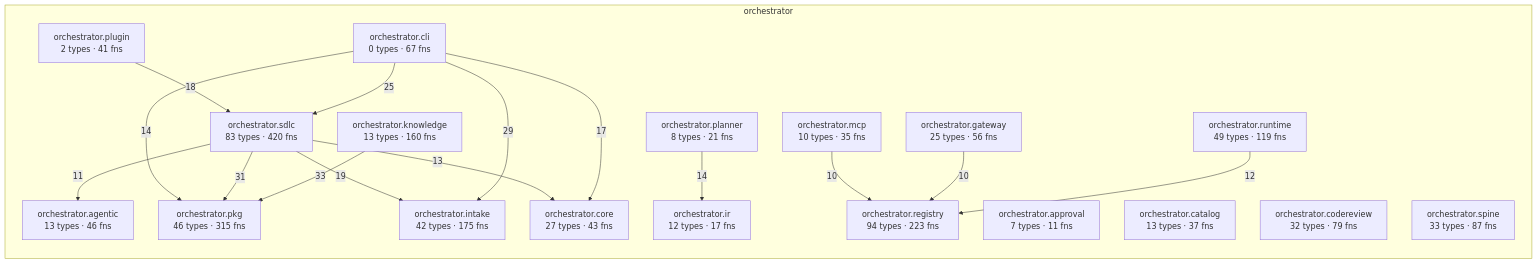
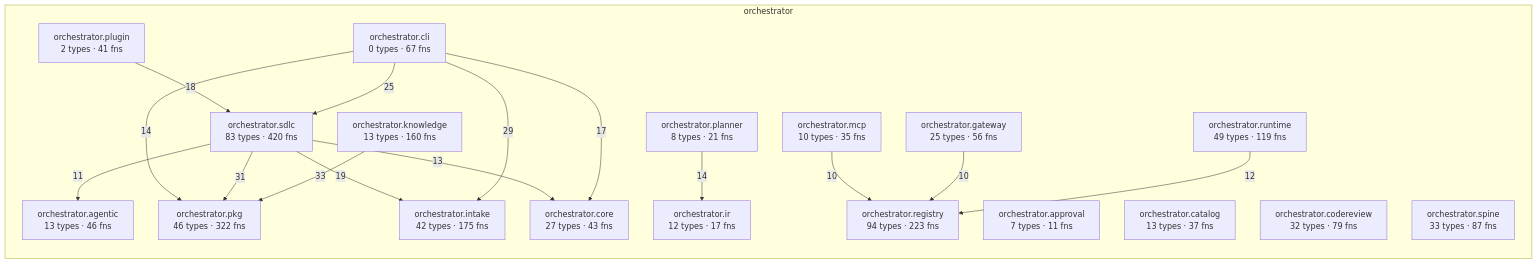
The diagram in episteme/architecture.md (synaptixs/spine), drawn with Mermaid before and after one commit. The commit also changed other lines of this file and 41 other files, not shown here.

````diff
--- a/episteme/architecture.md
+++ b/episteme/architecture.md
@@ -54,37 +54,37 @@
 ```mermaid
 flowchart LR
   subgraph z_orchestrator["orchestrator"]
     aorchestratoragentic["orchestrator.agentic<br/>13 types · 46 fns"]
     aorchestratorapproval["orchestrator.approval<br/>7 types · 11 fns"]
     aorchestratorcatalog["orchestrator.catalog<br/>13 types · 37 fns"]
     aorchestratorcli["orchestrator.cli<br/>0 types · 67 fns"]
     aorchestratorcodereview["orchestrator.codereview<br/>32 types · 79 fns"]
     aorchestratorcore["orchestrator.core<br/>27 types · 43 fns"]
     aorchestratorgateway["orchestrator.gateway<br/>25 types · 56 fns"]
     aorchestratorintake["orchestrator.intake<br/>42 types · 175 fns"]
     aorchestratorir["orchestrator.ir<br/>12 types · 17 fns"]
     aorchestratorknowledge["orchestrator.knowledge<br/>13 types · 160 fns"]
     aorchestratormcp["orchestrator.mcp<br/>10 types · 35 fns"]
-    aorchestratorpkg["orchestrator.pkg<br/>46 types · 315 fns"]
+    aorchestratorpkg["orchestrator.pkg<br/>46 types · 322 fns"]
     aorchestratorplanner["orchestrator.planner<br/>8 types · 21 fns"]
     aorchestratorplugin["orchestrator.plugin<br/>2 types · 41 fns"]
     aorchestratorregistry["orchestrator.registry<br/>94 types · 223 fns"]
     aorchestratorruntime["orchestrator.runtime<br/>49 types · 119 fns"]
     aorchestratorsdlc["orchestrator.sdlc<br/>83 types · 420 fns"]
     aorchestratorspine["orchestrator.spine<br/>33 types · 87 fns"]
   end
   aorchestratorknowledge -->|33| aorchestratorpkg
   aorchestratorsdlc -->|31| aorchestratorpkg
   aorchestratorcli -->|29| aorchestratorintake
   aorchestratorcli -->|25| aorchestratorsdlc
   aorchestratorsdlc -->|19| aorchestratorintake
   aorchestratorplugin -->|18| aorchestratorsdlc
   aorchestratorcli -->|17| aorchestratorcore
   aorchestratorcli -->|14| aorchestratorpkg
   aorchestratorplanner -->|14| aorchestratorir
   aorchestratorsdlc -->|13| aorchestratorcore
   aorchestratorruntime -->|12| aorchestratorregistry
   aorchestratorsdlc -->|11| aorchestratoragentic
   aorchestratorgateway -->|10| aorchestratorregistry
   aorchestratormcp -->|10| aorchestratorregistry
 ```
````
